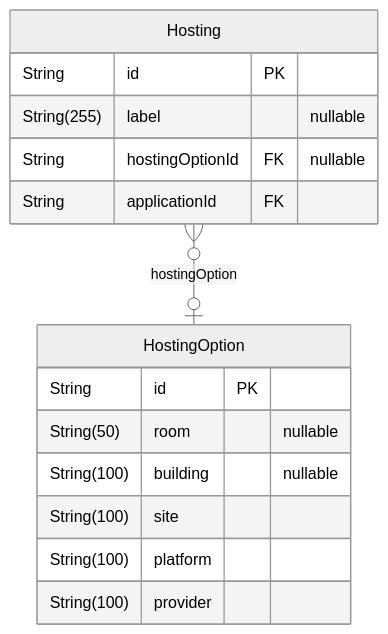
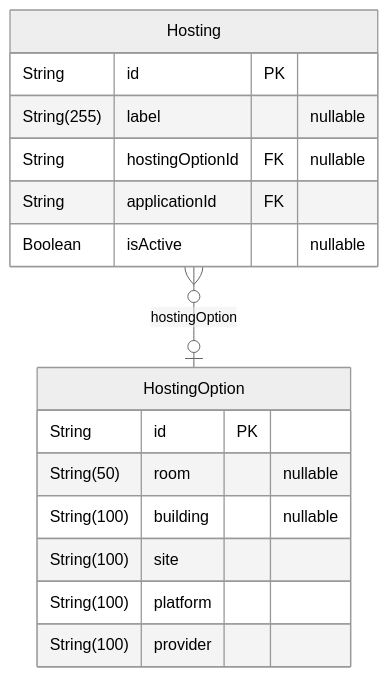
One commit to dnum-mi/referentiel-applications changed the fifth of 12 diagrams in backend/prisma/docs/schema.md. Above: the diagram before and after it, drawn with Mermaid (neutral theme). The commit also changed other lines of this file and 6 other files, not shown here.

````diff
--- a/backend/prisma/docs/schema.md
+++ b/backend/prisma/docs/schema.md
@@ -358,18 +358,19 @@
 ```mermaid
 erDiagram
 "HostingOption" {
   String id PK
   String(50) room "nullable"
   String(100) building "nullable"
   String(100) site
   String(100) platform
   String(100) provider
 }
 "Hosting" {
   String id PK
   String(255) label "nullable"
   String hostingOptionId FK "nullable"
   String applicationId FK
+  Boolean isActive "nullable"
 }
 "Hosting" }o--o| "HostingOption" : hostingOption
 ```
````
